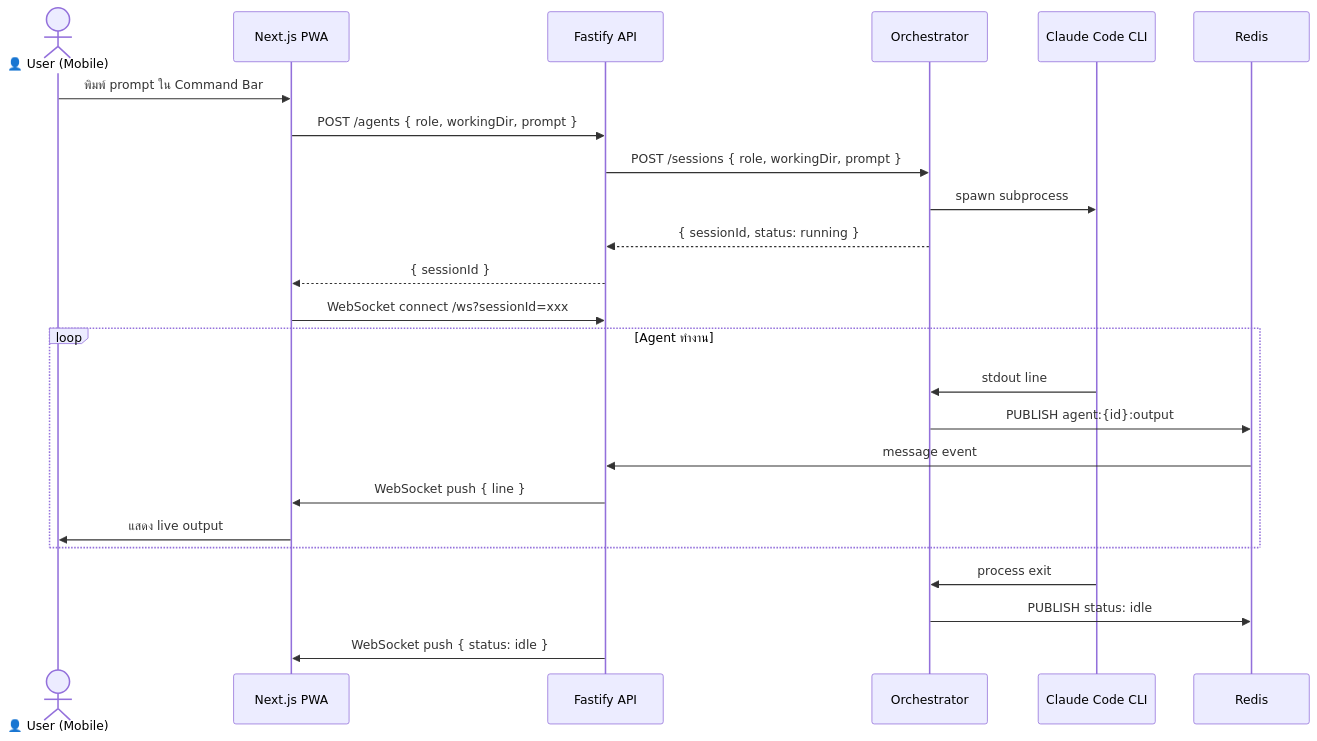
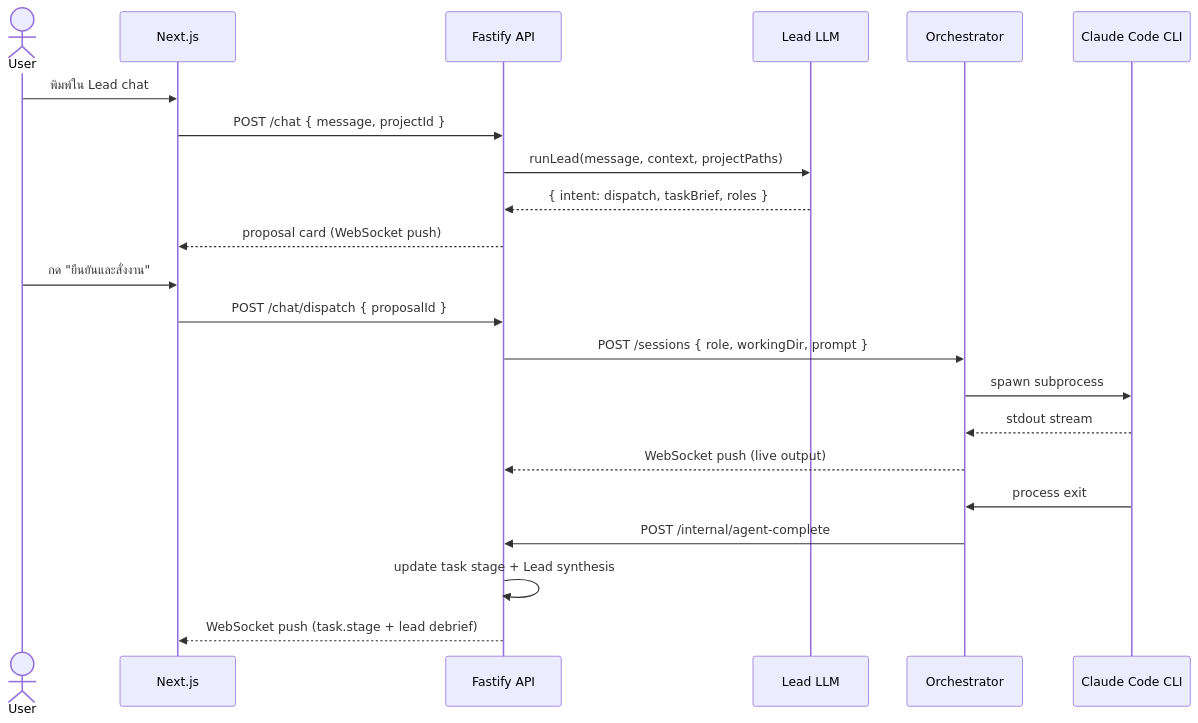
The second of 4 diagrams in README.md (itseed/mesh-agent), drawn with Mermaid before and after one commit. The commit also changed other lines of this file, not shown here.

First line of the commit message:
docs: rewrite README with usage guide, full env vars, and sequence diagrams

````diff
--- a/README.md
+++ b/README.md
@@ -99,29 +343,25 @@
 ```mermaid
 sequenceDiagram
-    actor User as 👤 User (Mobile)
-    participant Web as Next.js PWA
+    actor User
+    participant Web as Next.js
     participant API as Fastify API
+    participant Lead as Lead LLM
     participant Orch as Orchestrator
     participant Claude as Claude Code CLI
-    participant Redis
 
-    User->>Web: พิมพ์ prompt ใน Command Bar
-    Web->>API: POST /agents { role, workingDir, prompt }
+    User->>Web: พิมพ์ใน Lead chat
+    Web->>API: POST /chat { message, projectId }
+    API->>Lead: runLead(message, context, projectPaths)
+    Lead-->>API: { intent: dispatch, taskBrief, roles }
+    API-->>Web: proposal card (WebSocket push)
+    User->>Web: กด "ยืนยันและสั่งงาน"
+    Web->>API: POST /chat/dispatch { proposalId }
     API->>Orch: POST /sessions { role, workingDir, prompt }
     Orch->>Claude: spawn subprocess
-    Orch-->>API: { sessionId, status: running }
-    API-->>Web: { sessionId }
-    Web->>API: WebSocket connect /ws?sessionId=xxx
-
-    loop Agent ทำงาน
-        Claude->>Orch: stdout line
-        Orch->>Redis: PUBLISH agent:{id}:output
-        Redis->>API: message event
-        API->>Web: WebSocket push { line }
-        Web->>User: แสดง live output
-    end
-
+    Claude-->>Orch: stdout stream
+    Orch-->>API: WebSocket push (live output)
     Claude->>Orch: process exit
-    Orch->>Redis: PUBLISH status: idle
-    API->>Web: WebSocket push { status: idle }
+    Orch->>API: POST /internal/agent-complete
+    API->>API: update task stage + Lead synthesis
+    API-->>Web: WebSocket push (task.stage + lead debrief)
 ```
````
